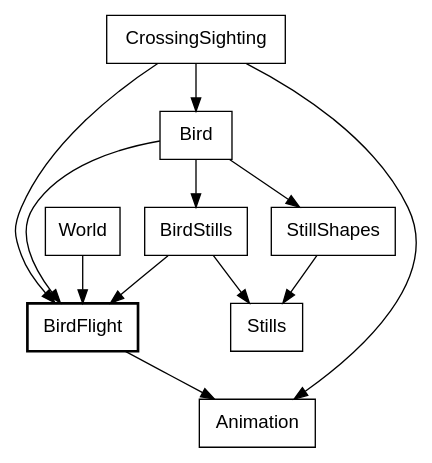
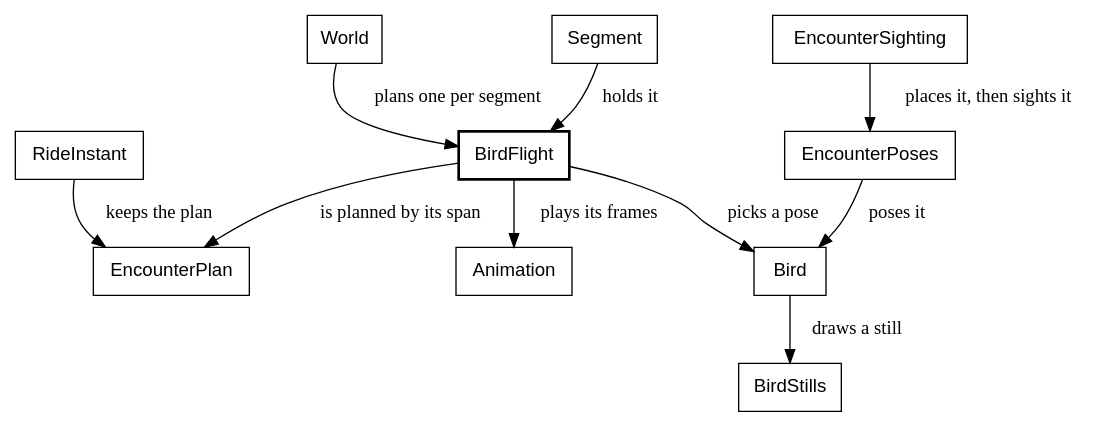
Before and after one commit to showell/roc-apps: diagram 23 of 31 in canvas_apps/safari/tutorial/tutorial.md, drawn with Graphviz. The commit also changed other lines of this file, not shown here.

Commit message:
tutorial: the bird chapter rewritten for today's code; BendLife and mid_tower_point in prose

````diff
--- a/canvas_apps/safari/tutorial/tutorial.md
+++ b/canvas_apps/safari/tutorial/tutorial.md
@@ -2243,17 +2257,15 @@
 ```dot
 digraph bird {
   node [shape=box, fontname="Helvetica"];
   BirdFlight [style=bold];
-  World -> BirdFlight;
-  CrossingSighting -> BirdFlight;
-  CrossingSighting -> Bird;
-  CrossingSighting -> Animation;
-  Bird -> BirdFlight;
-  Bird -> BirdStills;
-  Bird -> StillShapes;
-  BirdStills -> BirdFlight;
-  BirdStills -> Stills;
-  StillShapes -> Stills;
-  BirdFlight -> Animation;
+  World -> BirdFlight [label="  plans one per segment"];
+  Segment -> BirdFlight [label="  holds it"];
+  RideInstant -> EncounterPlan [label="  keeps the plan"];
+  EncounterSighting -> EncounterPoses [label="  places it, then sights it"];
+  EncounterPoses -> Bird [label="  poses it"];
+  BirdFlight -> Bird [label="  picks a pose"];
+  BirdFlight -> Animation [label="  plays its frames"];
+  BirdFlight -> EncounterPlan [label="  is planned by its span"];
+  Bird -> BirdStills [label="  draws a still"];
 }
 ```
````
